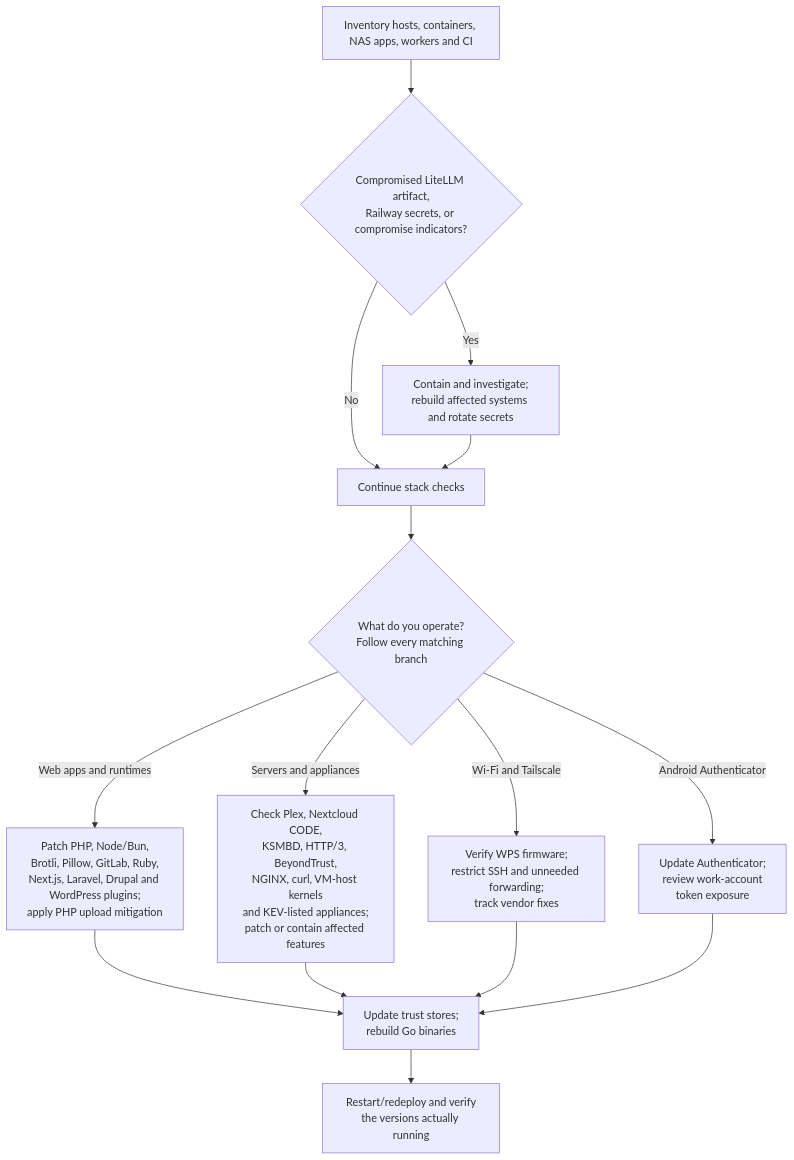
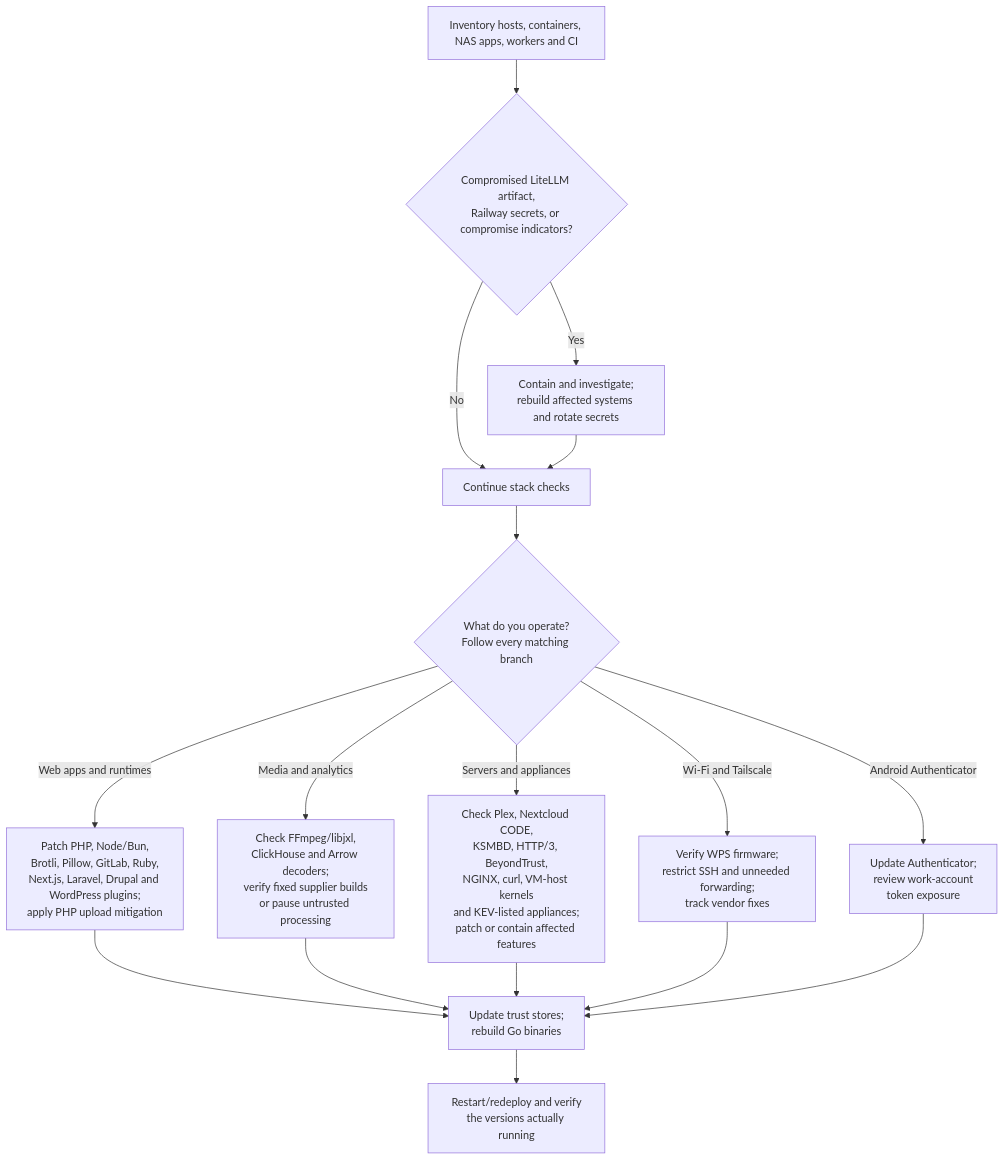
The diagram in black-october/black-october-2026.md (justinfiore/security-research), drawn with Mermaid before and after one commit. The commit also changed other lines of this file and 3 other files, not shown here.

````diff
--- a/black-october/black-october-2026.md
+++ b/black-october/black-october-2026.md
@@ -1578,19 +1626,21 @@
 ```mermaid
 flowchart TD
     A["Inventory hosts, containers, NAS apps, workers and CI"] --> B{"Compromised LiteLLM artifact,<br/>Railway secrets, or compromise indicators?"}
     B -->|Yes| C["Contain and investigate;<br/>rebuild affected systems and rotate secrets"]
     B -->|No| D["Continue stack checks"]
     C --> D
 
     D --> E{"What do you operate?<br/>Follow every matching branch"}
     E -->|Web apps and runtimes| F["Patch PHP, Node/Bun,<br/>Brotli, Pillow, GitLab, Ruby,<br/>Next.js, Laravel, Drupal and WordPress plugins;<br/>apply PHP upload mitigation"]
     E -->|Servers and appliances| I["Check Plex, Nextcloud CODE,<br/>KSMBD, HTTP/3, BeyondTrust,<br/>NGINX, curl, VM-host kernels<br/>and KEV-listed appliances;<br/>patch or contain affected features"]
+    E -->|Media and analytics| O["Check FFmpeg/libjxl,<br/>ClickHouse and Arrow decoders;<br/>verify fixed supplier builds<br/>or pause untrusted processing"]
     E -->|Wi-Fi and Tailscale| J["Verify WPS firmware;<br/>restrict SSH and unneeded forwarding;<br/>track vendor fixes"]
     E -->|Android Authenticator| N["Update Authenticator;<br/>review work-account<br/>token exposure"]
 
     F --> L["Update trust stores;<br/>rebuild Go binaries"]
+    O --> L
     I --> L
     J --> L
     N --> L
     L --> M["Restart/redeploy and verify<br/>the versions actually running"]
 ```
````
